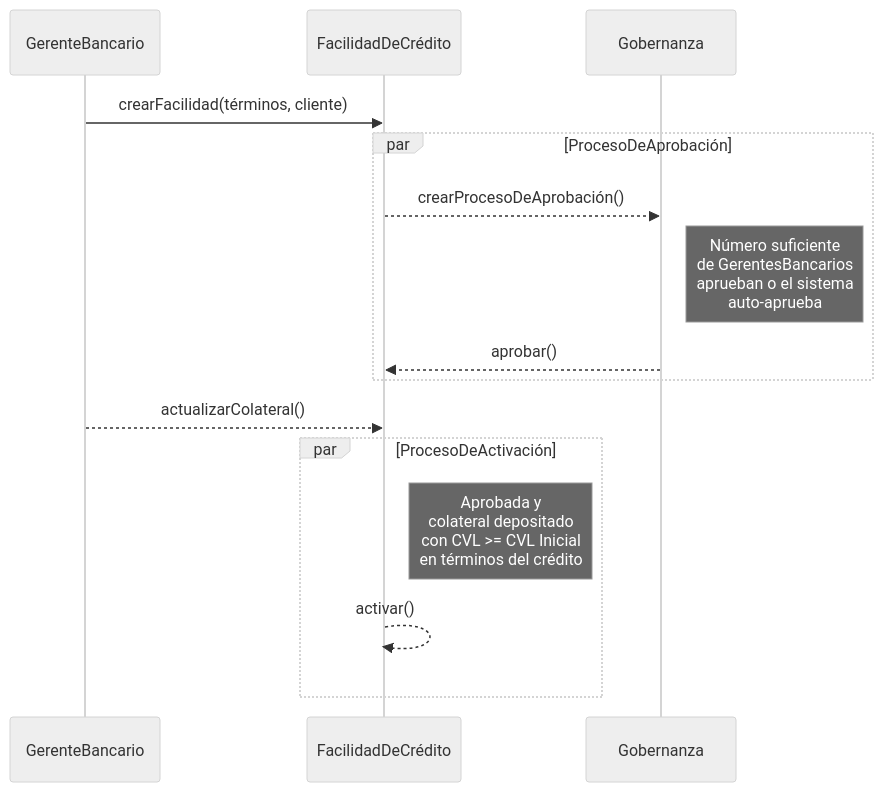
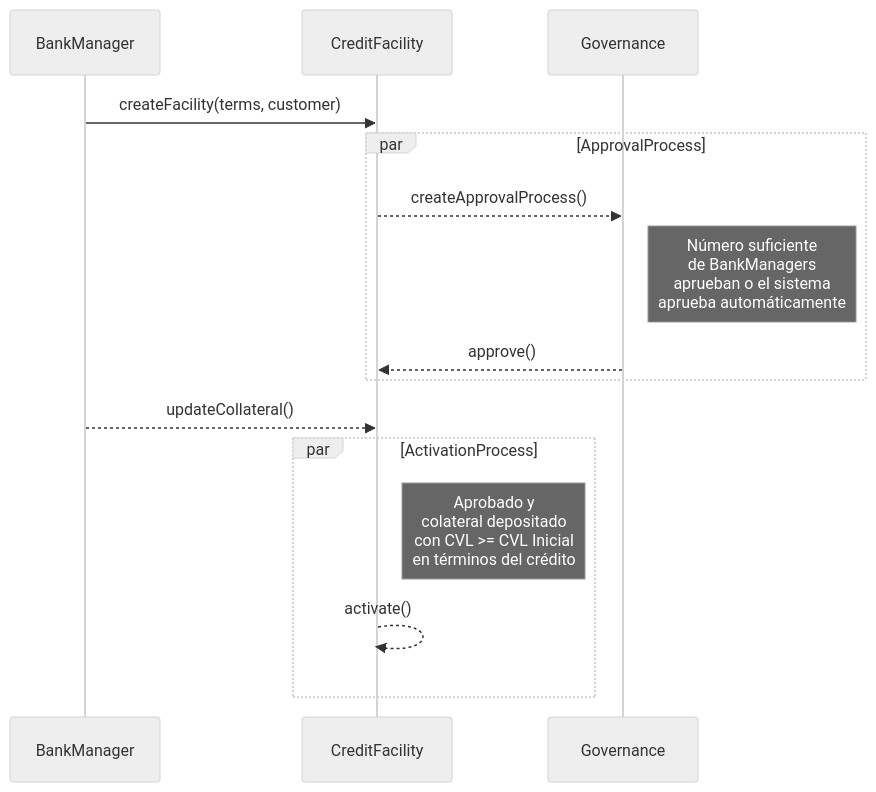
Before and after one commit to GaloyMoney/lana-bank: the diagram in docs-site/i18n/es/docusaurus-plugin-content-docs/current/technical-documentation/credit/facility.md, drawn with Mermaid (neutral theme). The commit also changed other lines of this file and 76 other files, not shown here.

````diff
--- a/docs-site/i18n/es/docusaurus-plugin-content-docs/current/technical-documentation/credit/facility.md
+++ b/docs-site/i18n/es/docusaurus-plugin-content-docs/current/technical-documentation/credit/facility.md
@@ -23,20 +23,20 @@
 ```mermaid
 sequenceDiagram
-    participant GerenteBancario
-    participant FacilidadDeCrédito
-    participant Gobernanza
+    participant BankManager
+    participant CreditFacility
+    participant Governance
 
-    GerenteBancario->>FacilidadDeCrédito: crearFacilidad(términos, cliente)
-    par ProcesoDeAprobación
-        FacilidadDeCrédito-->>Gobernanza: crearProcesoDeAprobación()
-        Note right of Gobernanza: Número suficiente <br />de GerentesBancarios<br />aprueban o el sistema <br />auto-aprueba
-        Gobernanza-->>FacilidadDeCrédito: aprobar()
+    BankManager->>CreditFacility: createFacility(terms, customer)
+    par ApprovalProcess
+        CreditFacility-->>Governance: createApprovalProcess()
+        Note right of Governance: Número suficiente <br />de BankManagers<br />aprueban o el sistema <br />aprueba automáticamente
+        Governance-->>CreditFacility: approve()
     end
 
-    GerenteBancario-->>FacilidadDeCrédito: actualizarColateral()
+    BankManager-->>CreditFacility: updateCollateral()
 
-    par ProcesoDeActivación
-        Note right of FacilidadDeCrédito: Aprobada y<br />colateral depositado<br />con CVL >= CVL Inicial<br />en términos del crédito
-        FacilidadDeCrédito-->>FacilidadDeCrédito: activar()
+    par ActivationProcess
+        Note right of CreditFacility: Aprobado y<br />colateral depositado<br />con CVL >= CVL Inicial<br />en términos del crédito
+        CreditFacility-->>CreditFacility: activate()
     end
 ```
````
